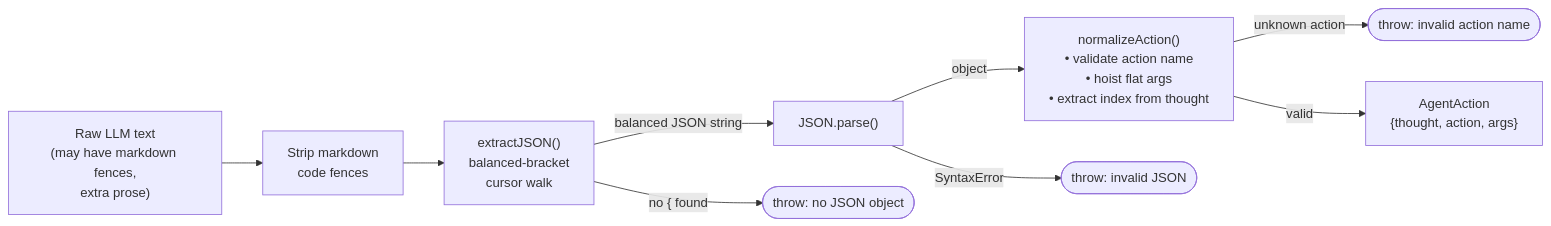
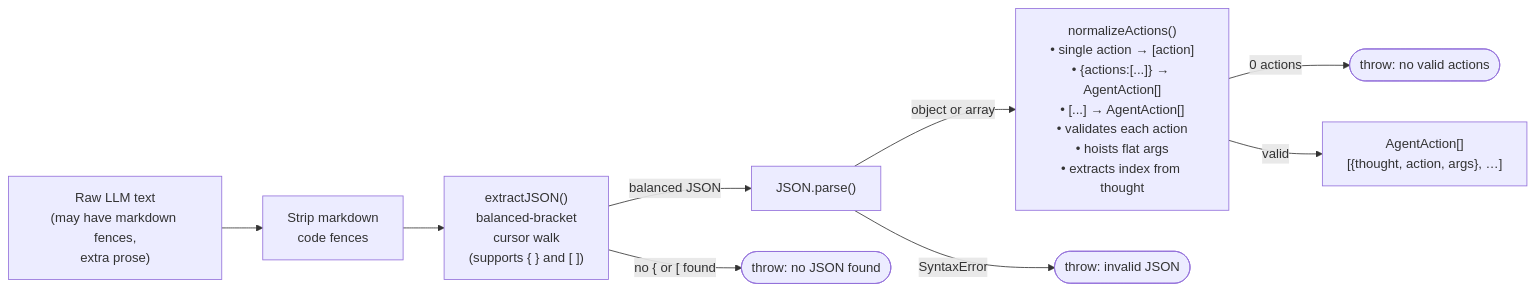
One commit to abd-maqableh/my-page-agent changed the fifth of 8 diagrams in ARCHITECTURE.md. Above: the diagram before and after it, drawn with Mermaid. The commit also changed other lines of this file and 17 other files, not shown here.

First line of the commit message:
feat: Enhance agent functionality with retry logic, validation, and improved action handling

````diff
--- a/ARCHITECTURE.md
+++ b/ARCHITECTURE.md
@@ -317,21 +326,21 @@
 ```mermaid
 flowchart LR
-    RAW["Raw LLM text\n(may have markdown fences,\nextra prose)"]
-    FENCE["Strip markdown\ncode fences"]
-    EXTRACT["extractJSON()\nbalanced-bracket\ncursor walk"]
+    RAW["Raw LLM text<br/>(may have markdown fences,<br/>extra prose)"]
+    FENCE["Strip markdown<br/>code fences"]
+    EXTRACT["extractJSON()<br/>balanced-bracket<br/>cursor walk<br/>(supports { } and [ ])"]
     PARSE["JSON.parse()"]
-    NORMALIZE["normalizeAction()\n• validate action name\n• hoist flat args\n• extract index from thought"]
-    ACTION["AgentAction\n{thought, action, args}"]
+    NORMALIZE["normalizeActions()<br/>• single action → [action]<br/>• {actions:[...]} → AgentAction[]<br/>• [...] → AgentAction[]<br/>• validates each action<br/>• hoists flat args<br/>• extracts index from thought"]
+    ACTIONS["AgentAction[]<br/>[{thought, action, args}, …]"]
 
-    ERR1(["throw: no JSON object"])
+    ERR1(["throw: no JSON found"])
     ERR2(["throw: invalid JSON"])
-    ERR3(["throw: invalid action name"])
+    ERR3(["throw: no valid actions"])
 
     RAW --> FENCE --> EXTRACT
-    EXTRACT -->|"no { found"| ERR1
-    EXTRACT -->|"balanced JSON string"| PARSE
+    EXTRACT -->|"no { or [ found"| ERR1
+    EXTRACT -->|"balanced JSON"| PARSE
     PARSE -->|"SyntaxError"| ERR2
-    PARSE -->|"object"| NORMALIZE
-    NORMALIZE -->|"unknown action"| ERR3
-    NORMALIZE -->|"valid"| ACTION
+    PARSE -->|"object or array"| NORMALIZE
+    NORMALIZE -->|"0 actions"| ERR3
+    NORMALIZE -->|"valid"| ACTIONS
 ```
````
